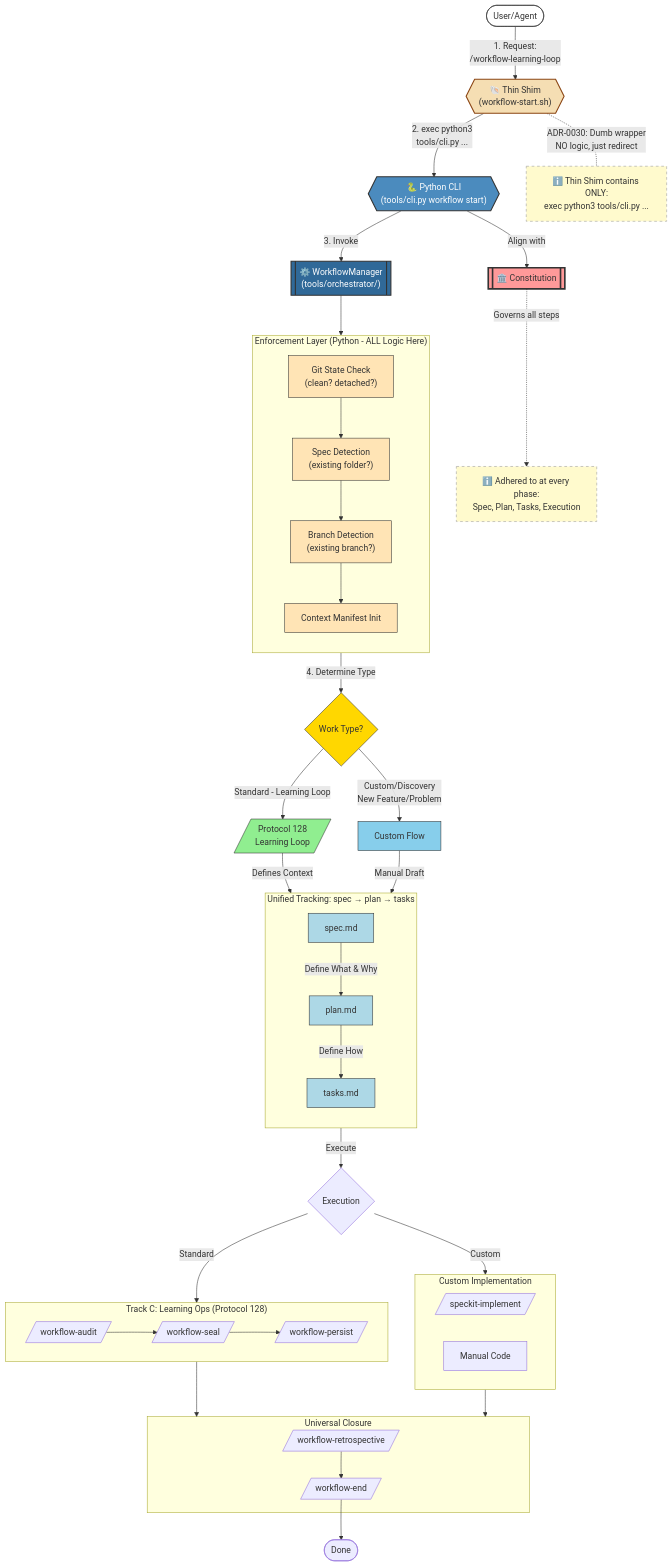
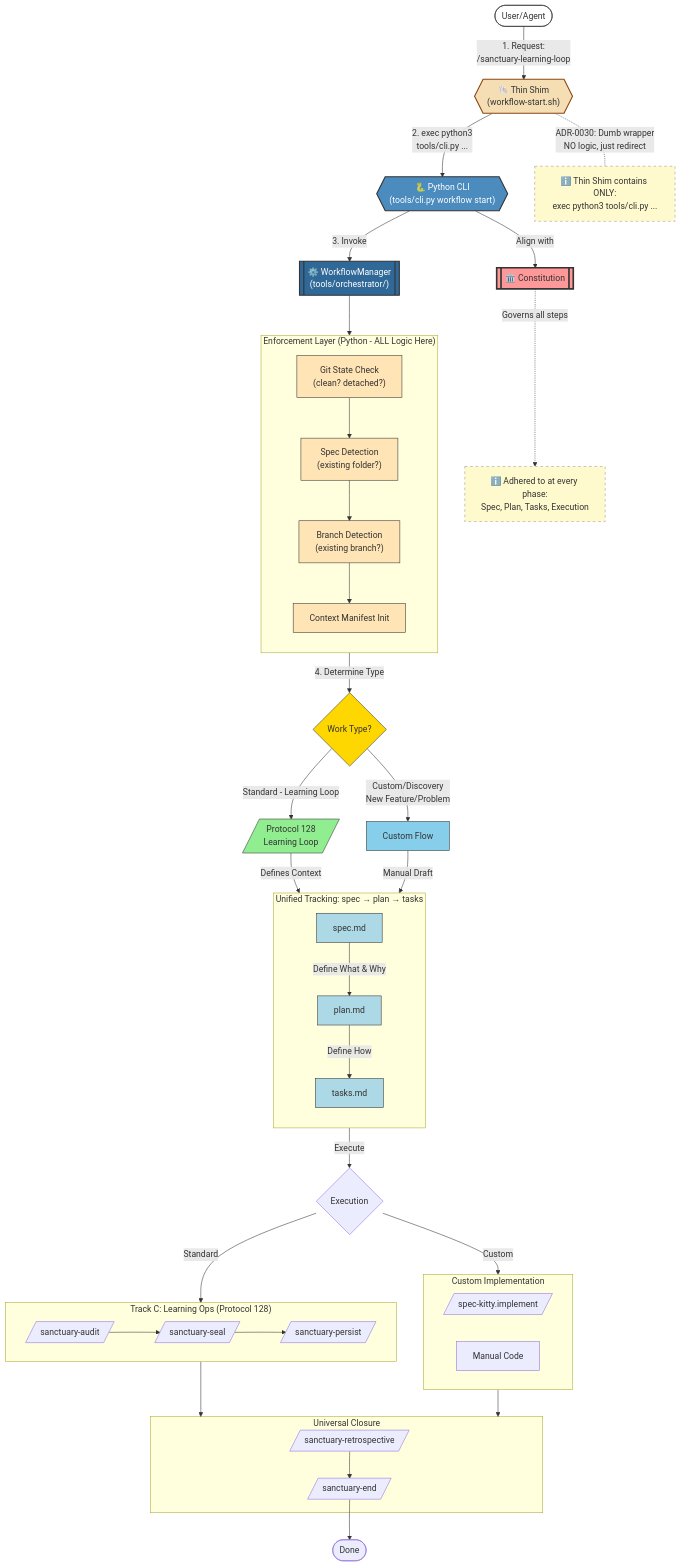
One commit to richfrem/Project_Sanctuary changed the diagram in docs/diagrams/analysis/sdd-workflow-comparison/hybrid-spec-workflow.mmd. Above: the diagram before and after it, drawn with Mermaid. The commit also changed 237 other files, not shown here.

```diff
--- a/docs/diagrams/analysis/sdd-workflow-comparison/hybrid-spec-workflow.mmd
+++ b/docs/diagrams/analysis/sdd-workflow-comparison/hybrid-spec-workflow.mmd
@@ -1,112 +1,112 @@
 graph TD
     User([User/Agent])
     Constitution[["🏛️ Constitution"]]
     ThinShim{{"🐚 Thin Shim<br/>(workflow-start.sh)"}}
     PythonCLI{{"🐍 Python CLI<br/>(tools/cli.py workflow start)"}}
     Orchestrator[["⚙️ WorkflowManager<br/>(tools/orchestrator/)"]]
 
-    User -->|"1. Request:<br/>/workflow-learning-loop"| ThinShim
+    User -->|"1. Request:<br/>/sanctuary-learning-loop"| ThinShim
     
     %% Shim is pass-through
     ThinShim -->|"2. exec python3<br/>tools/cli.py ..."| PythonCLI
     
     %% Constitution aligned at start
     PythonCLI -->|Align with| Constitution
     
     %% Annotation about the shim
     ThinShim -.-|"ADR-0030: Dumb wrapper<br/>NO logic, just redirect"| ShimNote["ℹ️ Thin Shim contains ONLY:<br/>exec python3 tools/cli.py ..."]
     
     %% Constitution governs all
     Constitution -.->|"Governs all steps"| Note["ℹ️ Adhered to at every phase:<br/>Spec, Plan, Tasks, Execution"]
     
     %% Python Orchestrator handles enforcement
     PythonCLI -->|3. Invoke| Orchestrator
     
     subgraph Enforcement ["Enforcement Layer (Python - ALL Logic Here)"]
         direction TB
         GitCheck["Git State Check<br/>(clean? detached?)"]
         SpecCheck["Spec Detection<br/>(existing folder?)"]
         BranchCheck["Branch Detection<br/>(existing branch?)"]
         ContextInit["Context Manifest Init"]
         
         GitCheck --> SpecCheck
         SpecCheck --> BranchCheck
         BranchCheck --> ContextInit
     end
     
     Orchestrator --> GitCheck
     
     %% Router determines TYPE of work
     ContextInit -->|4. Determine Type| TypeCheck{Work Type?}
     
     TypeCheck -->|Standard - Learning Loop| Scout[/"Protocol 128<br/>Learning Loop"/]
     TypeCheck -->|Custom/Discovery<br/>New Feature/Problem| CustomFlow[Custom Flow]
     
     %% BOTH tracks create Spec-Plan-Tasks (Unified Tracking)
     subgraph UnifiedTracking ["Unified Tracking: spec → plan → tasks"]
         direction TB
         Spec[spec.md]
         Plan[plan.md]
         Tasks[tasks.md]
         
         Spec -->|Define What & Why| Plan
         Plan -->|Define How| Tasks
     end
     
     Scout -->|Defines Context| Spec
     CustomFlow -->|Manual Draft| Spec
     
     %% Execution: Tasks drive work
     Tasks -->|Execute| Execution{Execution}
     
     %% Standard goes to Learning Ops
     Execution -->|Standard| LearningOps
     
     %% Custom goes to Implementation
     Execution -->|Custom| CustomImpl
     subgraph CustomImpl ["Custom Implementation"]
-        Implement[/speckit-implement/]
+        Implement[/spec-kitty.implement/]
         ManualCode[Manual Code]
     end
     
     %% Learning goes to Protocol Ops
     subgraph LearningOps ["Track C: Learning Ops (Protocol 128)"]
-        Audit[/workflow-audit/]
-        Seal[/workflow-seal/]
-        Persist[/workflow-persist/]
+        Audit[/sanctuary-audit/]
+        Seal[/sanctuary-seal/]
+        Persist[/sanctuary-persist/]
         Audit --> Seal --> Persist
     end
     
     %% Closure
     LearningOps --> Closure
     CustomImpl --> Closure
     
     subgraph Closure ["Universal Closure"]
-        Retro[/workflow-retrospective/]
-        End[/workflow-end/]
+        Retro[/sanctuary-retrospective/]
+        End[/sanctuary-end/]
         Retro --> End
     end
     
     End --> Done([Done])
     
     %% Interaction Links
     click Scout "https://github.com/richfrem/Project_Sanctuary/blob/main/docs/architecture_diagrams/workflows/protocol_128_learning_loop.mmd" "View Protocol 128 Diagram"
 
     %% Styling
     style User fill:#fff,stroke:#333
     style Constitution fill:#ff9999,stroke:#333,stroke-width:3px
     style ThinShim fill:#f5deb3,stroke:#8b4513,stroke-width:2px
     style ShimNote fill:#fffacd,stroke:#999,stroke-dasharray:5
     style PythonCLI fill:#4B8BBE,stroke:#333,stroke-width:2px,color:#fff
     style Orchestrator fill:#306998,stroke:#333,stroke-width:2px,color:#fff
     style Note fill:#fffacd,stroke:#999,stroke-dasharray:5
     style GitCheck fill:#ffe4b5,stroke:#333
     style SpecCheck fill:#ffe4b5,stroke:#333
     style BranchCheck fill:#ffe4b5,stroke:#333
     style ContextInit fill:#ffe4b5,stroke:#333
     style TypeCheck fill:#FFD700,stroke:#333
     style Spec fill:#ADD8E6,stroke:#333
     style Plan fill:#ADD8E6,stroke:#333
     style Tasks fill:#ADD8E6,stroke:#333
     style Scout fill:#90EE90,stroke:#333
     style CustomFlow fill:#87CEEB,stroke:#333
```
